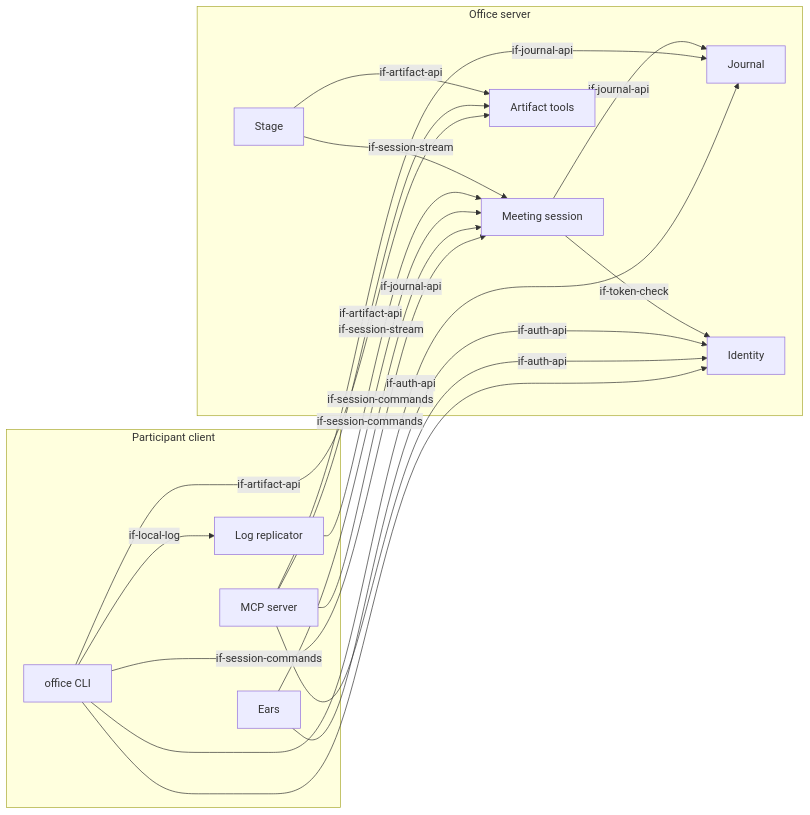
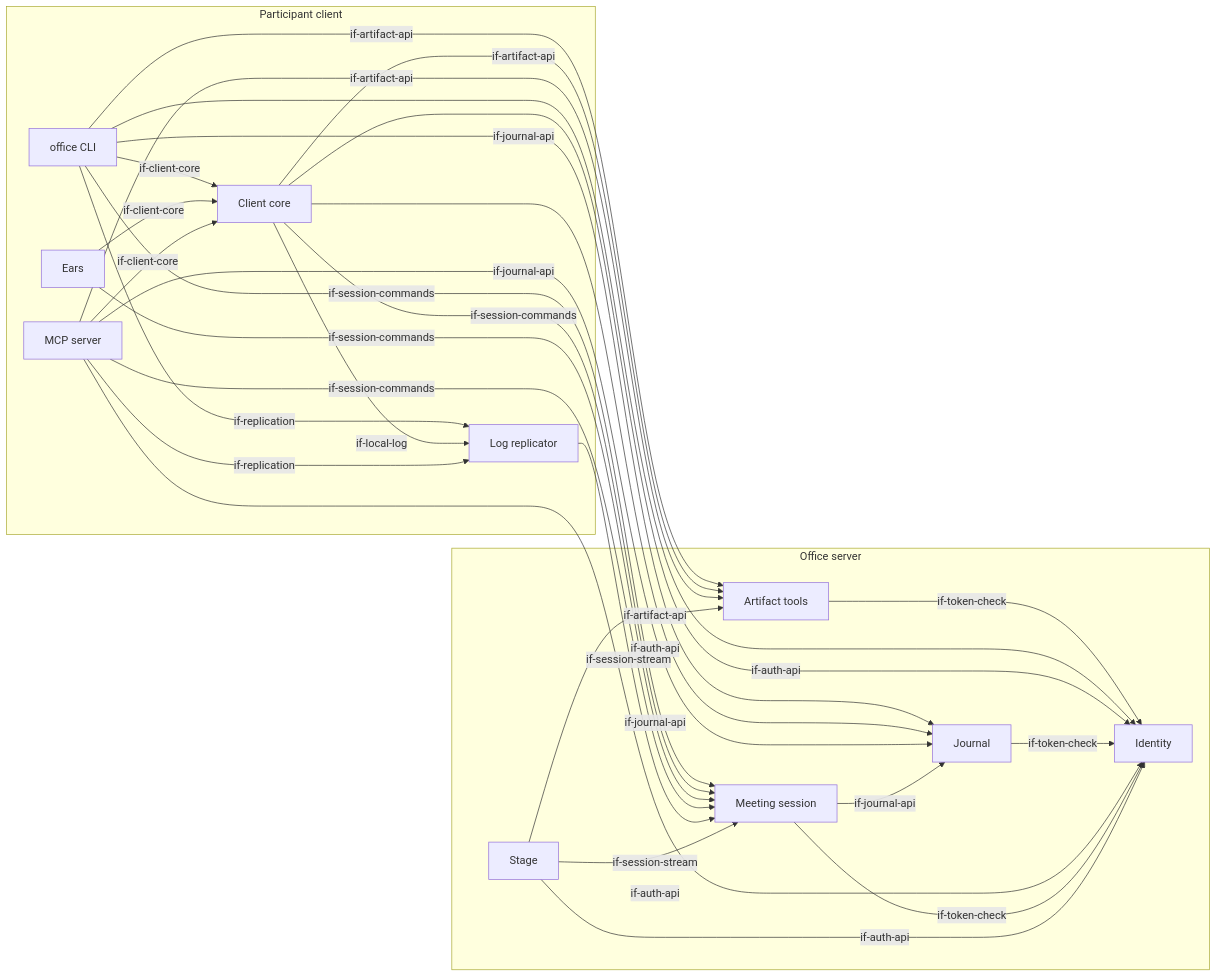
Before and after one commit to mrsimpson/agentic-office: the diagram in docs/architecture/05-building-blocks.arc42.md, drawn with Mermaid. The commit also changed other lines of this file and 133 other files, not shown here.

````diff
--- a/docs/architecture/05-building-blocks.arc42.md
+++ b/docs/architecture/05-building-blocks.arc42.md
@@ -18,32 +23,44 @@
 ```mermaid
 flowchart LR
-    subgraph bb_client [Participant client]
+    subgraph bb_participant_client [Participant client]
         bb_cli[office CLI]
+        bb_client_core[Client core]
+        bb_ears[Ears]
         bb_mcp[MCP server]
         bb_replicator[Log replicator]
-        bb_ears[Ears]
     end
-    subgraph bb_server [Office server]
-        bb_session[Meeting session]
+    subgraph bb_office_server [Office server]
+        bb_artifact_service[Artifact tools]
+        bb_identity[Identity]
         bb_journal[Journal]
-        bb_artifacts[Artifact tools]
+        bb_session_service[Meeting session]
         bb_stage[Stage]
-        bb_identity[Identity]
     end
-    bb_cli -->|if-session-commands| bb_session
-    bb_mcp -->|if-session-commands| bb_session
-    bb_ears -->|if-session-commands| bb_session
-    bb_replicator -->|if-session-stream| bb_session
-    bb_stage -->|if-session-stream| bb_session
-    bb_cli -->|if-artifact-api| bb_artifacts
-    bb_mcp -->|if-artifact-api| bb_artifacts
-    bb_stage -->|if-artifact-api| bb_artifacts
+    bb_artifact_service -->|if-token-check| bb_identity
+    bb_cli -->|if-client-core| bb_client_core
+    bb_cli -->|if-replication| bb_replicator
+    bb_cli -->|if-session-commands| bb_session_service
+    bb_cli -->|if-artifact-api| bb_artifact_service
     bb_cli -->|if-journal-api| bb_journal
+    bb_cli -->|if-auth-api| bb_identity
+    bb_client_core -->|if-session-commands| bb_session_service
+    bb_client_core -->|if-auth-api| bb_identity
+    bb_client_core -->|if-journal-api| bb_journal
+    bb_client_core -->|if-artifact-api| bb_artifact_service
+    bb_client_core -->|if-local-log| bb_replicator
+    bb_ears -->|if-client-core| bb_client_core
+    bb_ears -->|if-session-commands| bb_session_service
+    bb_journal -->|if-token-check| bb_identity
+    bb_mcp -->|if-client-core| bb_client_core
+    bb_mcp -->|if-replication| bb_replicator
+    bb_mcp -->|if-session-commands| bb_session_service
+    bb_mcp -->|if-artifact-api| bb_artifact_service
     bb_mcp -->|if-journal-api| bb_journal
-    bb_session -->|if-journal-api| bb_journal
-    bb_cli -->|if-local-log| bb_replicator
-    bb_cli -->|if-auth-api| bb_identity
     bb_mcp -->|if-auth-api| bb_identity
-    bb_ears -->|if-auth-api| bb_identity
-    bb_session -->|if-token-check| bb_identity
+    bb_replicator -->|if-session-stream| bb_session_service
+    bb_session_service -->|if-journal-api| bb_journal
+    bb_session_service -->|if-token-check| bb_identity
+    bb_stage -->|if-session-stream| bb_session_service
+    bb_stage -->|if-artifact-api| bb_artifact_service
+    bb_stage -->|if-auth-api| bb_identity
 ```
````
